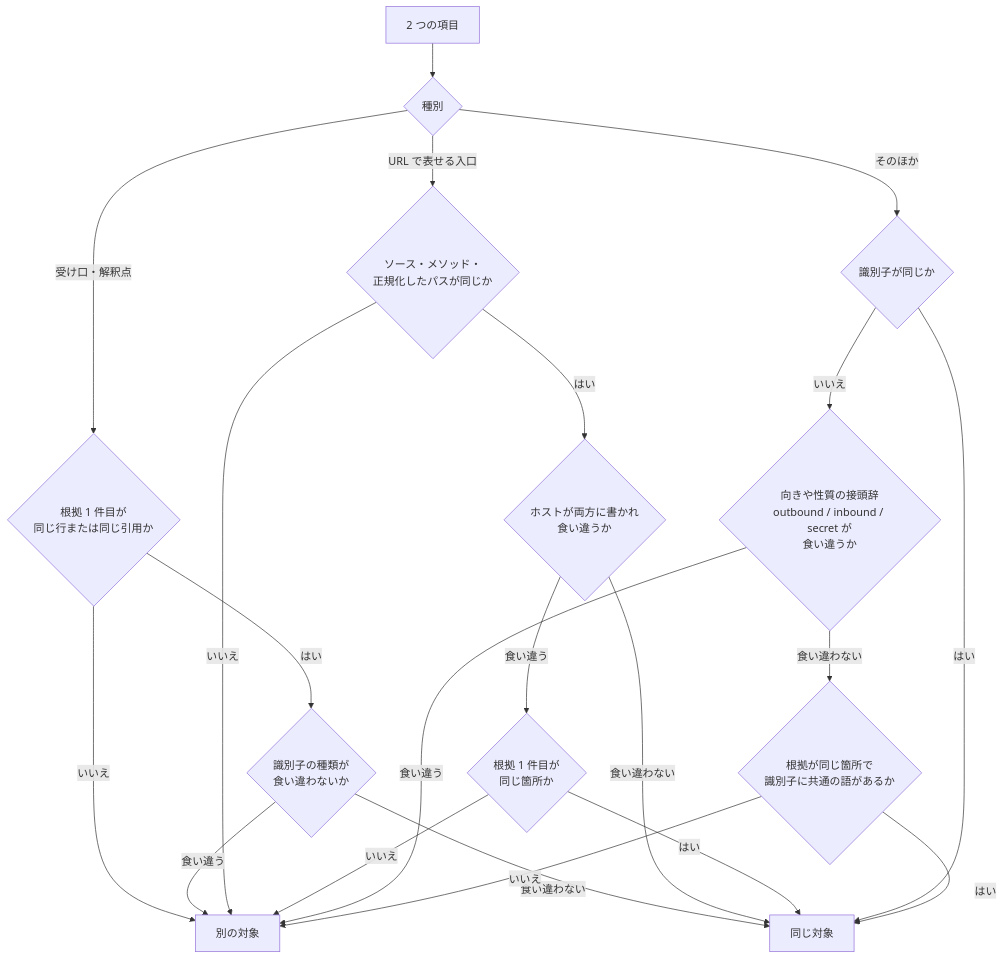
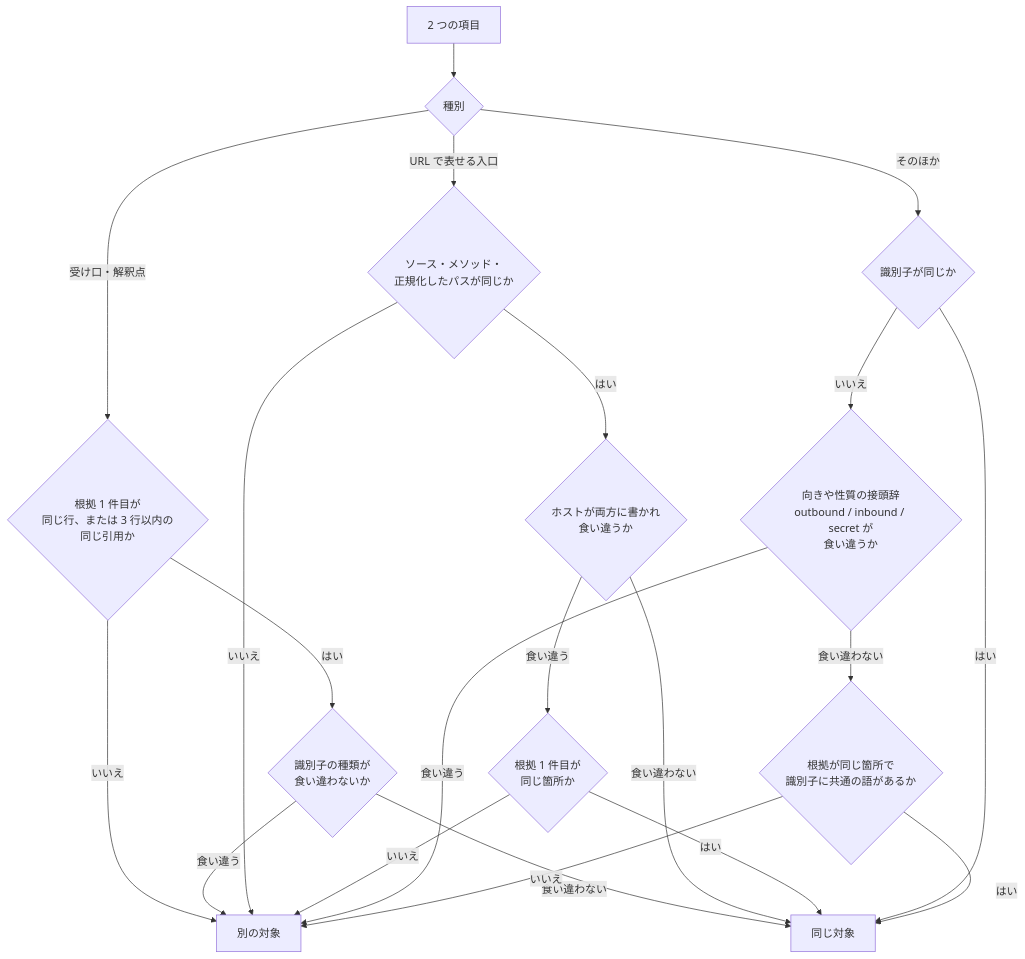
The seventh of 14 diagrams in docs/analysis-flow.md (Zuck3-r/Code-Analyzer), drawn with Mermaid before and after one commit. The commit also changed other lines of this file and 10 other files, not shown here.

````diff
--- a/docs/analysis-flow.md
+++ b/docs/analysis-flow.md
@@ -300,23 +301,23 @@
 ```mermaid
 flowchart TD
     S[2 つの項目] --> K{種別}
-    K -->|受け口・解釈点| A1{根拠 1 件目が<br/>同じ行または同じ引用か}
+    K -->|受け口・解釈点| A1{根拠 1 件目が<br/>同じ行、または 3 行以内の<br/>同じ引用か}
     A1 -->|いいえ| D[別の対象]
     A1 -->|はい| A2{識別子の種類が<br/>食い違わないか}
     A2 -->|食い違う| D
     A2 -->|食い違わない| M[同じ対象]
     K -->|URL で表せる入口| U1{ソース・メソッド・<br/>正規化したパスが同じか}
     U1 -->|いいえ| D
     U1 -->|はい| U2{ホストが両方に書かれ<br/>食い違うか}
     U2 -->|食い違わない| M
     U2 -->|食い違う| U3{根拠 1 件目が<br/>同じ箇所か}
     U3 -->|はい| M
     U3 -->|いいえ| D
     K -->|そのほか| O1{識別子が同じか}
     O1 -->|はい| M
     O1 -->|いいえ| O3{向きや性質の接頭辞<br/>outbound / inbound / secret が<br/>食い違うか}
     O3 -->|食い違う| D
     O3 -->|食い違わない| O2{根拠が同じ箇所で<br/>識別子に共通の語があるか}
     O2 -->|はい| M
     O2 -->|いいえ| D
 ```
````
